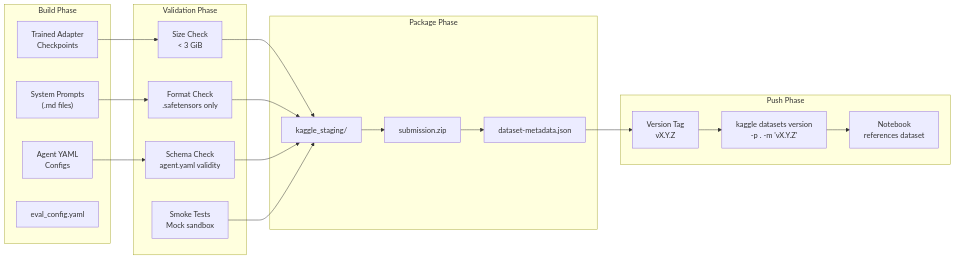
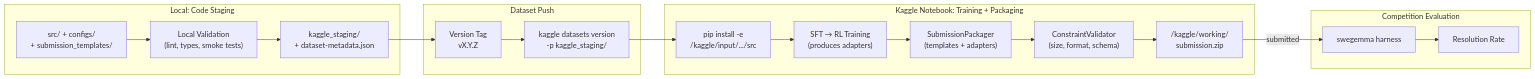
The diagram in documentation/design/high_level/07_deployment_strategy.md (Strider221B/gemma4_dev_agent), drawn with Mermaid before and after one commit. The commit also changed other lines of this file and 2 other files, not shown here.

````diff
--- a/documentation/design/high_level/07_deployment_strategy.md
+++ b/documentation/design/high_level/07_deployment_strategy.md
@@ -7,40 +7,30 @@
 ```mermaid
 flowchart LR
-    subgraph BUILD["Build Phase"]
-        ADAPT["Trained Adapter\nCheckpoints"]
-        PROMPT["System Prompts\n(.md files)"]
-        YAML["Agent YAML\nConfigs"]
-        EVAL_CFG["eval_config.yaml"]
+    subgraph LOCAL["Local: Code Staging"]
+        SRC["src/ + configs/\n+ submission_templates/"]
+        VALIDATE_L["Local Validation\n(lint, types, smoke tests)"]
+        STAGE["kaggle_staging/\n+ dataset-metadata.json"]
+        SRC --> VALIDATE_L --> STAGE
     end
 
-    subgraph VALIDATE["Validation Phase"]
-        SIZE["Size Check\n< 3 GiB"]
-        FMT["Format Check\n.safetensors only"]
-        SCHEMA["Schema Check\nagent.yaml validity"]
-        SMOKE["Smoke Tests\nMock sandbox"]
+    subgraph PUSH["Dataset Push"]
+        VER["Version Tag\nvX.Y.Z"]
+        KAGGLE_API["kaggle datasets version\n-p kaggle_staging/"]
+        STAGE --> VER --> KAGGLE_API
     end
 
-    subgraph PACKAGE["Package Phase"]
-        STAGE["kaggle_staging/"]
-        ZIP["submission.zip"]
-        META["dataset-metadata.json"]
+    subgraph KAGGLE_NB["Kaggle Notebook: Training + Packaging"]
+        IMPORT["pip install -e\n/kaggle/input/.../src"]
+        TRAIN["SFT → RL Training\n(produces adapters)"]
+        PKG["SubmissionPackager\n(templates + adapters)"]
+        VALIDATE_K["ConstraintValidator\n(size, format, schema)"]
+        ZIP["/kaggle/working/\nsubmission.zip"]
+        KAGGLE_API --> IMPORT --> TRAIN --> PKG --> VALIDATE_K --> ZIP
     end
 
-    subgraph PUSH["Push Phase"]
-        VER["Version Tag\nvX.Y.Z"]
-        KAGGLE["kaggle datasets version\n-p . -m 'vX.Y.Z'"]
-        NB["Notebook\nreferences dataset"]
+    subgraph EVAL["Competition Evaluation"]
+        HARNESS["swegemma harness"]
+        SCORE["Resolution Rate"]
+        ZIP -->|"submitted"| HARNESS --> SCORE
     end
-
-    ADAPT --> SIZE
-    PROMPT --> FMT
-    YAML --> SCHEMA
-    SIZE --> STAGE
-    FMT --> STAGE
-    SCHEMA --> STAGE
-    SMOKE --> STAGE
-    STAGE --> ZIP
-    ZIP --> META
-    META --> VER --> KAGGLE
-    KAGGLE --> NB
 ```
````
